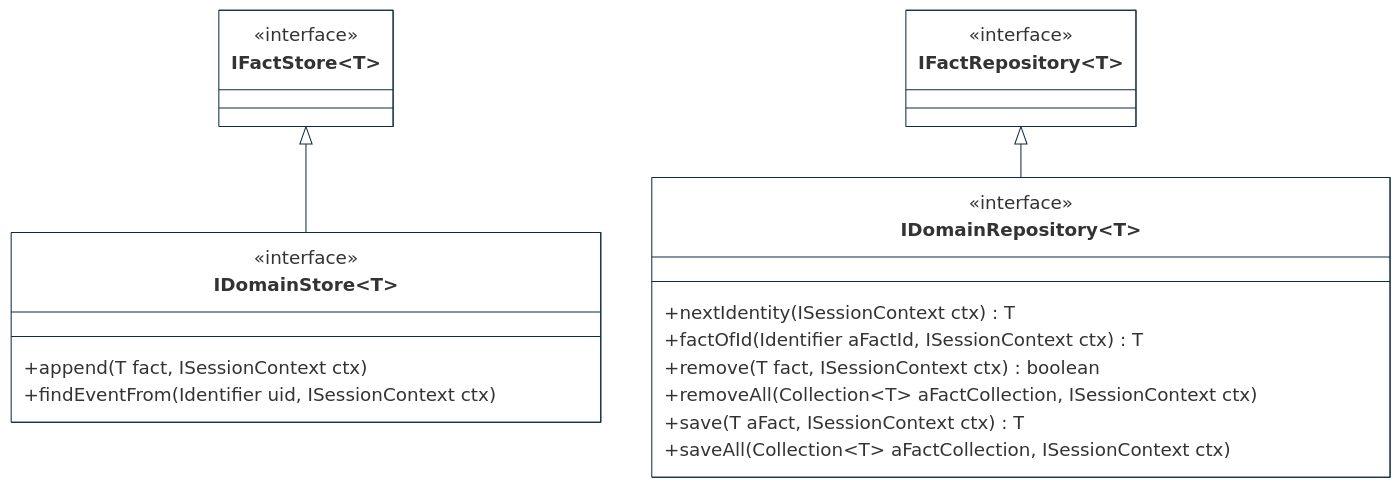
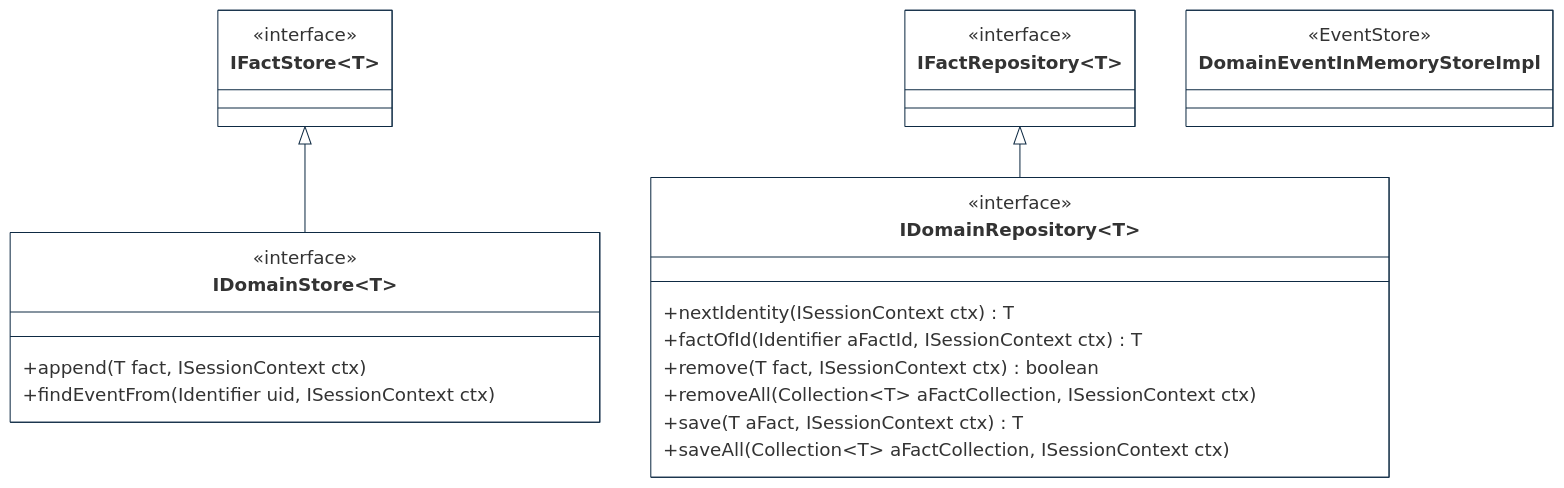
One commit to cybnity/foundation changed the fifth of 5 diagrams in implementations-line/framework/domain/designview-packages.md. Above: the diagram before and after it, drawn with Mermaid. The commit also changed other lines of this file and 42 other files, not shown here.

````diff
--- a/implementations-line/framework/domain/designview-packages.md
+++ b/implementations-line/framework/domain/designview-packages.md
@@ -326,44 +327,47 @@
 ```mermaid
 %%{
   init: {
     'theme': 'base',
     'themeVariables': {
         'background': '#ffffff',
         'fontFamily': 'arial',
         'fontSize': '18px',
         'primaryColor': '#fff',
         'primaryBorderColor': '#0e2a43',
         'secondaryBorderColor': '#0e2a43',
         'tertiaryBorderColor': '#0e2a43',
         'edgeLabelBackground':'#0e2a43',
         'lineColor': '#0e2a43',
         'tertiaryColor': '#fff'
     }
   }
 }%%
 classDiagram
     IFactStore~T~ <|-- IDomainStore~T~
     IFactRepository~T~ <|-- IDomainRepository~T~
 
     class IFactStore~T~ {
         <<interface>>
     }
     class IFactRepository~T~ {
         <<interface>>
     }
     class IDomainRepository~T~ {
         <<interface>>
         +nextIdentity(ISessionContext ctx) T
         +factOfId(Identifier aFactId, ISessionContext ctx) T
         +remove(T fact, ISessionContext ctx) boolean
         +removeAll(Collection~T~ aFactCollection, ISessionContext ctx)
         +save(T aFact, ISessionContext ctx) T
         +saveAll(Collection~T~ aFactCollection, ISessionContext ctx)
     }
     class IDomainStore~T~ {
         <<interface>>
         +append(T fact, ISessionContext ctx)
         +findEventFrom(Identifier uid, ISessionContext ctx)
     }
+    class DomainEventInMemoryStoreImpl {
+        <<EventStore>>
+    }
 
 ```
````
